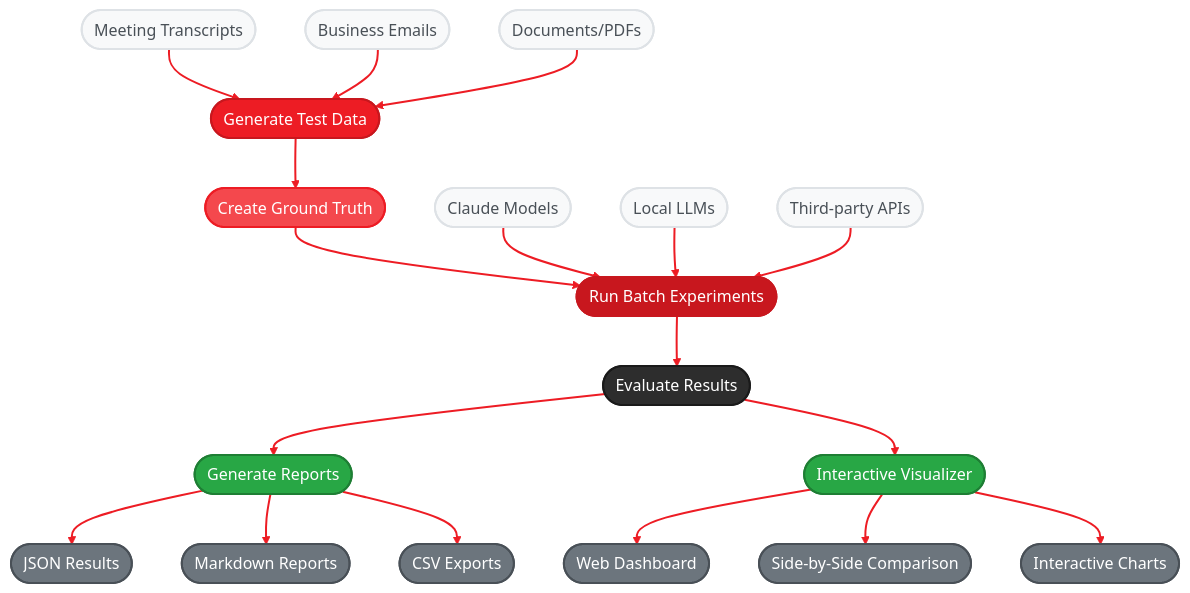
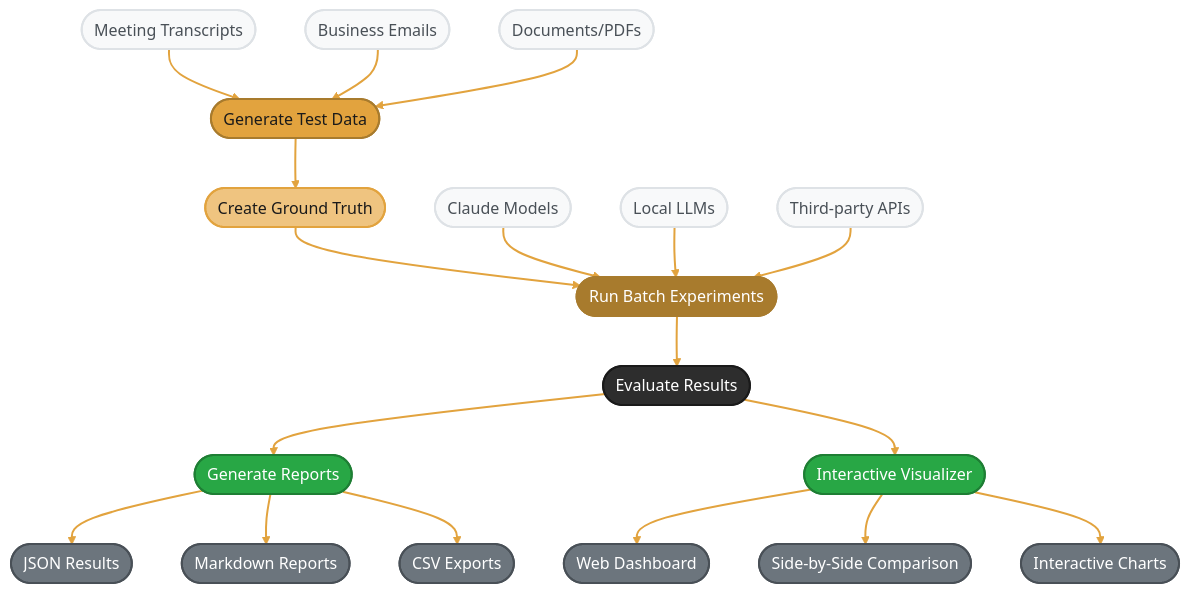
The diagram in docs/reference/eval.mdx (amd/gaia), drawn with Mermaid before and after one commit. The commit also changed 37 other files, not shown here.

````diff
--- a/docs/reference/eval.mdx
+++ b/docs/reference/eval.mdx
@@ -47,46 +47,46 @@
 ```mermaid
-%%{init: {'theme':'base', 'themeVariables': { 'primaryColor':'#ED1C24', 'primaryTextColor':'#fff', 'primaryBorderColor':'#C8171E', 'lineColor':'#F4484D', 'fontFamily': 'system-ui, -apple-system, sans-serif'}}}%%
+%%{init: {'theme':'base', 'themeVariables': { 'primaryColor':'#E2A33E', 'primaryTextColor':'#1a1a1a', 'primaryBorderColor':'#A87B2D', 'lineColor':'#EFC480', 'fontFamily': 'system-ui, -apple-system, sans-serif'}}}%%
 flowchart TD
     A(["Generate Test Data"]) --> B(["Create Ground Truth"])
     B --> C(["Run Batch Experiments"])
     C --> D(["Evaluate Results"])
     D --> E(["Generate Reports"])
     D --> F(["Interactive Visualizer"])
 
     A1(["Meeting Transcripts"]) --> A
     A2(["Business Emails"]) --> A
     A3(["Documents/PDFs"]) --> A
 
     C1(["Claude Models"]) --> C
     C2(["Local LLMs"]) --> C
     C3(["Third-party APIs"]) --> C
 
     E --> G1(["JSON Results"])
     E --> G2(["Markdown Reports"])
     E --> G3(["CSV Exports"])
 
     F --> H1(["Web Dashboard"])
     F --> H2(["Side-by-Side Comparison"])
     F --> H3(["Interactive Charts"])
 
-    style A fill:#ED1C24,stroke:#C8171E,stroke-width:2px,color:#fff
-    style B fill:#F4484D,stroke:#ED1C24,stroke-width:2px,color:#fff
-    style C fill:#C8171E,stroke:#C8171E,stroke-width:2px,color:#fff
+    style A fill:#E2A33E,stroke:#A87B2D,stroke-width:2px,color:#1a1a1a
+    style B fill:#EFC480,stroke:#E2A33E,stroke-width:2px,color:#1a1a1a
+    style C fill:#A87B2D,stroke:#A87B2D,stroke-width:2px,color:#fff
     style D fill:#2d2d2d,stroke:#1a1a1a,stroke-width:2px,color:#fff
     style E fill:#28a745,stroke:#1e7e34,stroke-width:2px,color:#fff
     style F fill:#28a745,stroke:#1e7e34,stroke-width:2px,color:#fff
     style A1 fill:#f8f9fa,stroke:#dee2e6,stroke-width:2px,color:#495057
     style A2 fill:#f8f9fa,stroke:#dee2e6,stroke-width:2px,color:#495057
     style A3 fill:#f8f9fa,stroke:#dee2e6,stroke-width:2px,color:#495057
     style C1 fill:#f8f9fa,stroke:#dee2e6,stroke-width:2px,color:#495057
     style C2 fill:#f8f9fa,stroke:#dee2e6,stroke-width:2px,color:#495057
     style C3 fill:#f8f9fa,stroke:#dee2e6,stroke-width:2px,color:#495057
     style G1 fill:#6c757d,stroke:#495057,stroke-width:2px,color:#fff
     style G2 fill:#6c757d,stroke:#495057,stroke-width:2px,color:#fff
     style G3 fill:#6c757d,stroke:#495057,stroke-width:2px,color:#fff
     style H1 fill:#6c757d,stroke:#495057,stroke-width:2px,color:#fff
     style H2 fill:#6c757d,stroke:#495057,stroke-width:2px,color:#fff
     style H3 fill:#6c757d,stroke:#495057,stroke-width:2px,color:#fff
 
-    linkStyle 0,1,2,3,4,5,6,7,8,9,10,11,12,13,14,15,16 stroke:#ED1C24,stroke-width:2px
+    linkStyle 0,1,2,3,4,5,6,7,8,9,10,11,12,13,14,15,16 stroke:#E2A33E,stroke-width:2px
 ```
````
